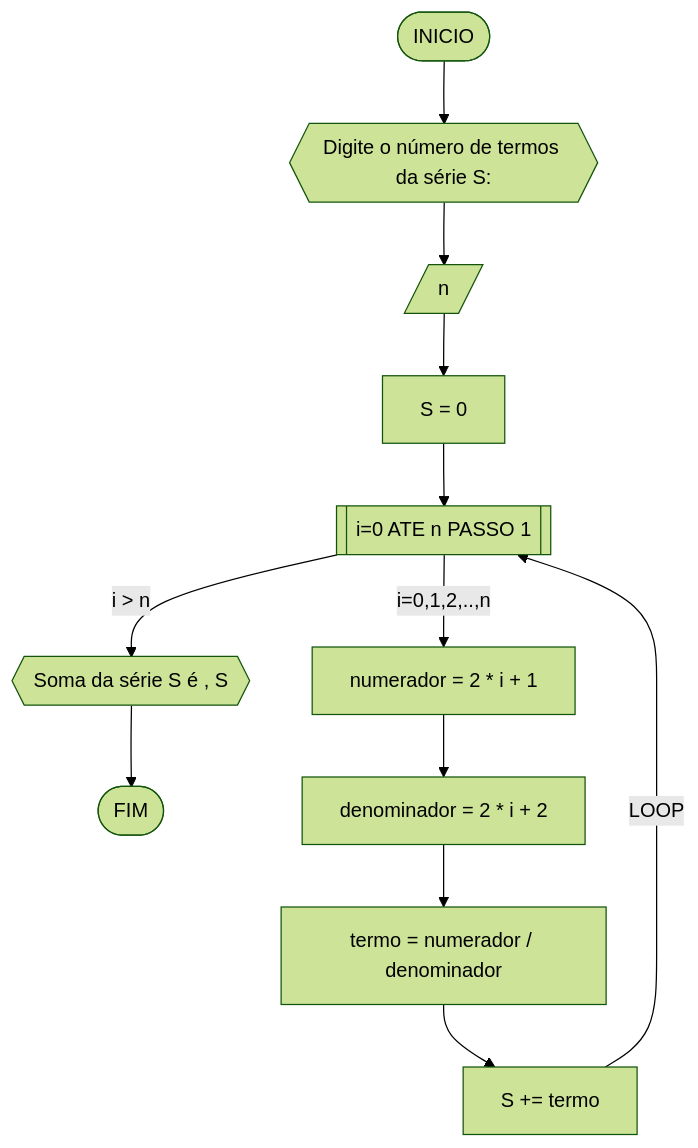
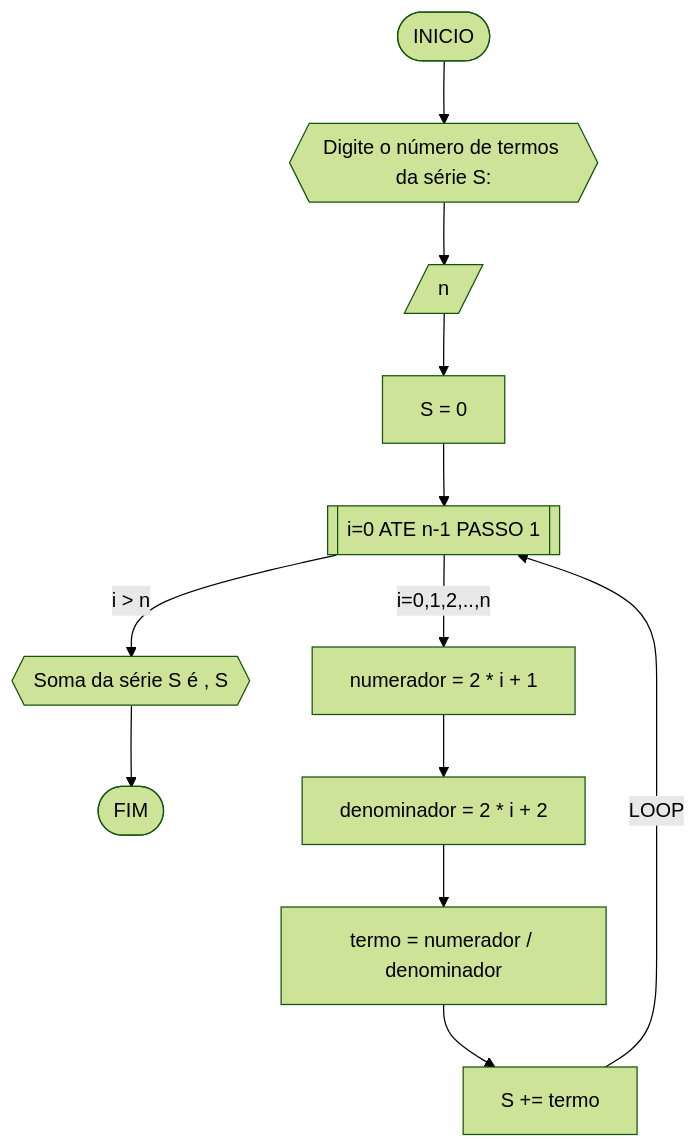
One commit to carubbi/unifor changed the fifth of 8 diagrams in RLA/unidade1/AD1.md. Above: the diagram before and after it, drawn with Mermaid (forest theme). The commit also changed other lines of this file, not shown here.

````diff
--- a/RLA/unidade1/AD1.md
+++ b/RLA/unidade1/AD1.md
@@ -242,14 +277,14 @@
 ```mermaid
 flowchart TD
-A([INICIO]) --> B{{Digite o número de termos da série S: }}
+A([INICIO]) --> B{{"Digite o número de termos da série S:"}}
 B --> C[/n/]
 C --> D[S = 0]
-D --> E[[i=0 ATE n PASSO 1]]
+D --> E[[i=0 ATE n-1 PASSO 1]]
 E --i > n--> J{{"Soma da série S é ", S}}
 J --> K([FIM])
 E --"i=0,1,2,..,n"--> F[numerador = 2 * i + 1]
 F --> G[denominador = 2 * i + 2]
 G --> H[termo = numerador / denominador]
 H --> I[S += termo]
 I --LOOP--> E
 ```
````
